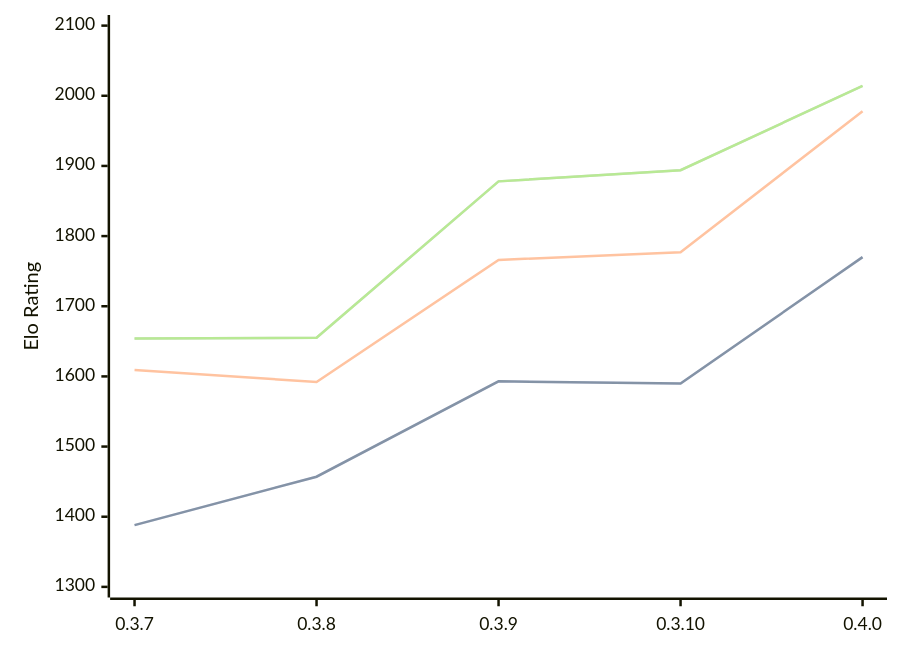
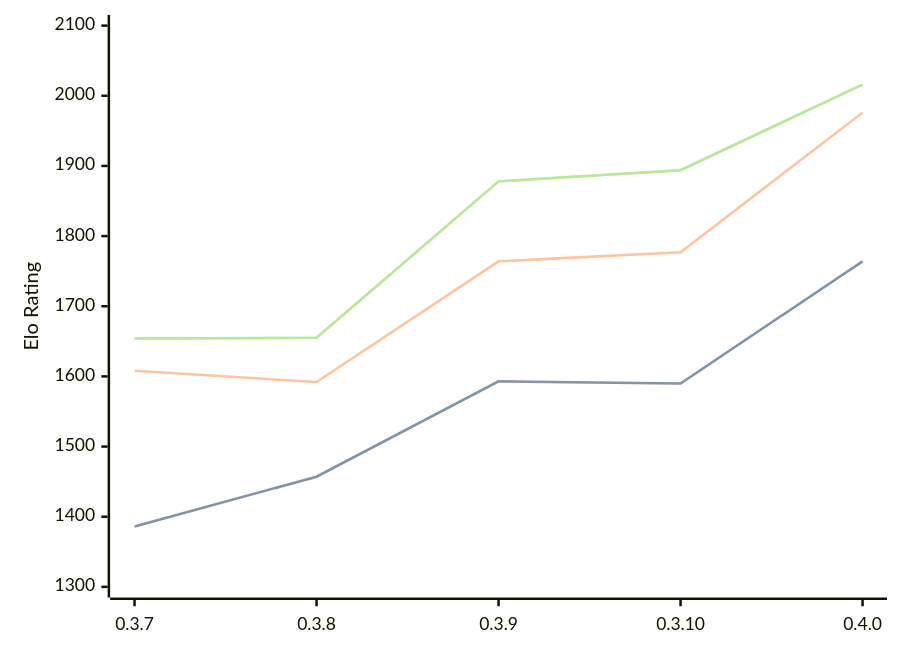
Before and after one commit to computer-chess-index/cci: the diagram in engines/Arche.md, drawn with Mermaid. The commit also changed other lines of this file, not shown here.

Commit message:
Update CCI Ratings (ELO VLTC) - 2026-09-11

````diff
--- a/engines/Arche.md
+++ b/engines/Arche.md
@@ -37,11 +37,11 @@
 ```mermaid
 %%{init: {"theme":"base","themeVariables":{"seriesColors:['#a3a3a3','#222221','#faa371']}}}%%
 xychart-beta
   x-axis ["0.3.7", "0.3.8", "0.3.9", "0.3.10", "0.4.0"]
   y-axis "Elo Rating" 1300 --> 2100
-  line "" [1388, 1457, 1593, 1590, 1770]
-  line "STC (8.0+0.08s)" [1388, 1457, 1593, 1590, 1770]
-  line "LTC (60.0+0.60s)" [1609, 1592, 1766, 1777, 1978]
-  line "" [1654, 1655, 1878, 1894, 2014]
-  line "VLTC (2m24s+1.12s)" [1654, 1655, 1878, 1894, 2014]
+  line "" [1386, 1457, 1593, 1590, 1764]
+  line "STC (8.0+0.08s)" [1386, 1457, 1593, 1590, 1764]
+  line "LTC (60.0+0.60s)" [1608, 1592, 1764, 1777, 1976]
+  line "" [1654, 1655, 1878, 1894, 2016]
+  line "VLTC (2m24s+1.12s)" [1654, 1655, 1878, 1894, 2016]
 ```
````
